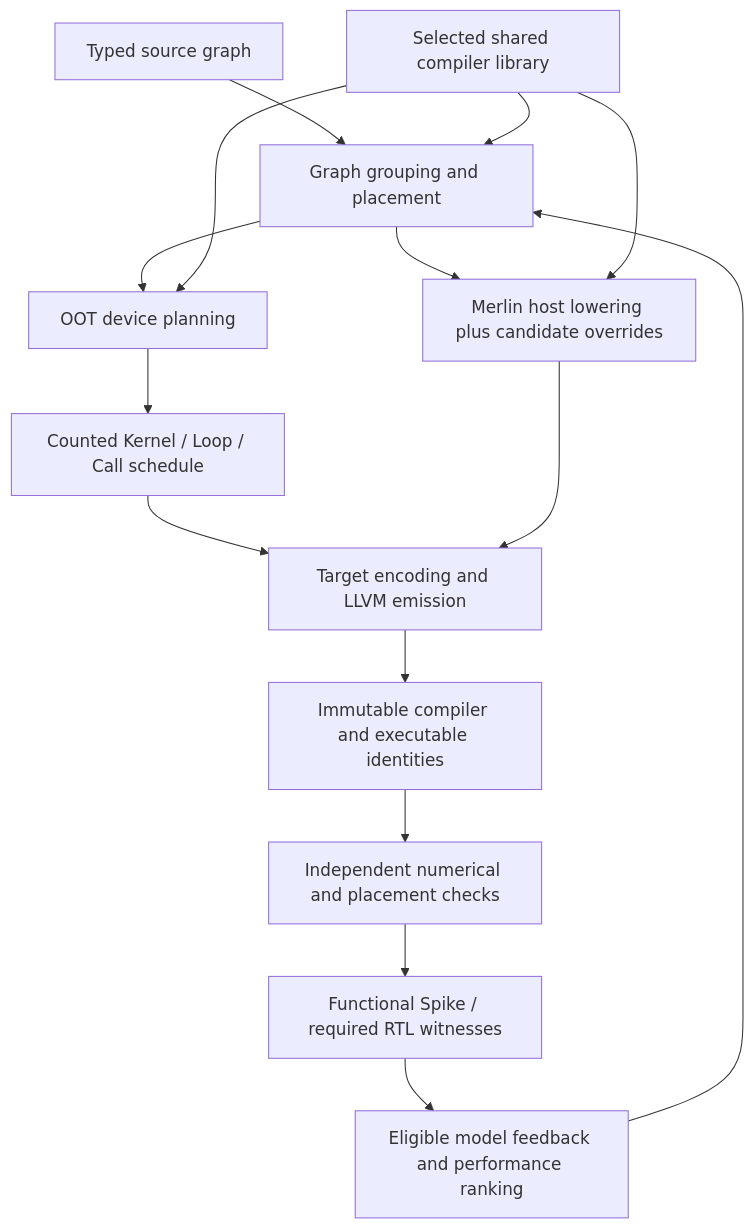
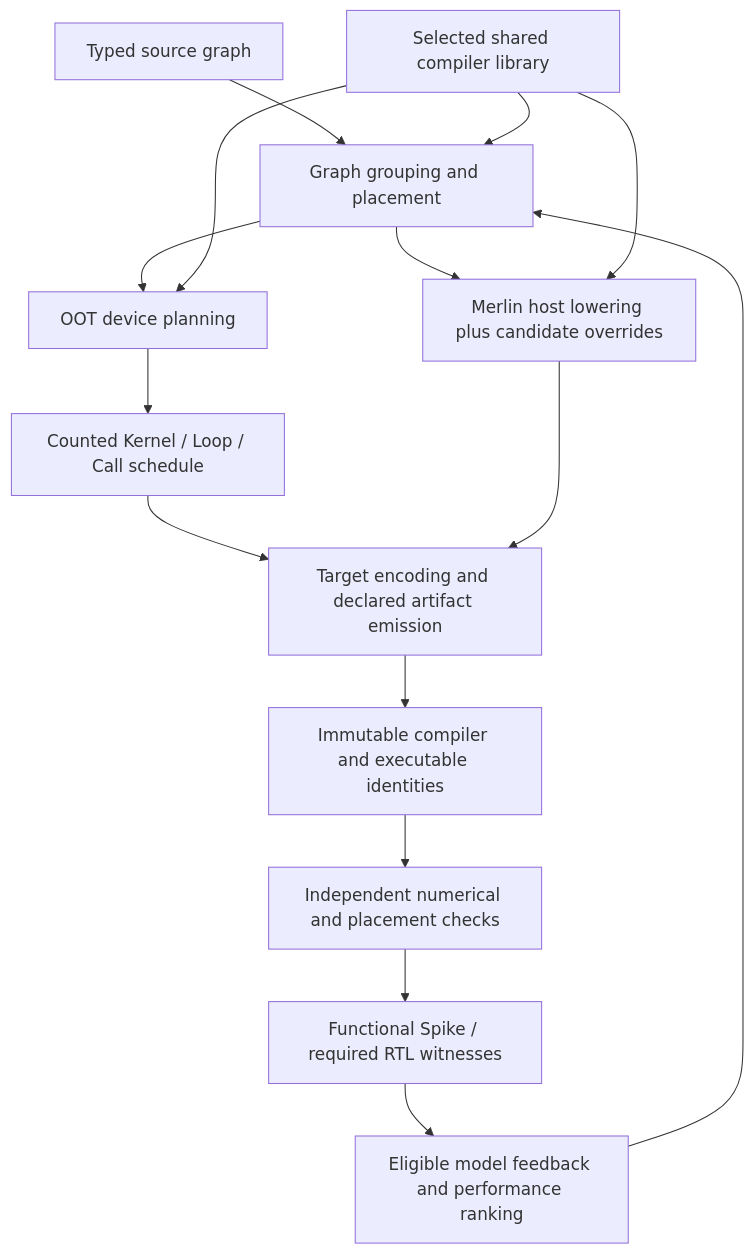
The diagram in docs/reference/compiler_optimization_workflow.md (ucb-bar/merlin), drawn with Mermaid before and after one commit. The commit also changed other lines of this file and 4498 other files, not shown here.

````diff
--- a/docs/reference/compiler_optimization_workflow.md
+++ b/docs/reference/compiler_optimization_workflow.md
@@ -83,17 +87,17 @@
 ```mermaid
 flowchart TD
     S[Typed source graph] --> G[Graph grouping and placement]
     G --> H[Merlin host lowering plus candidate overrides]
     G --> P[OOT device planning]
     L[Selected shared compiler library] --> G
     L --> H
     L --> P
     P --> K[Counted Kernel / Loop / Call schedule]
-    K --> E[Target encoding and LLVM emission]
+    K --> E[Target encoding and declared artifact emission]
     H --> E
     E --> B[Immutable compiler and executable identities]
     B --> C[Independent numerical and placement checks]
     C --> F[Functional Spike / required RTL witnesses]
     F --> T[Eligible model feedback and performance ranking]
     T --> G
 ```
````
